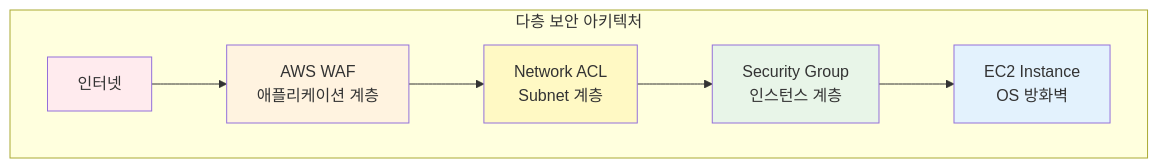
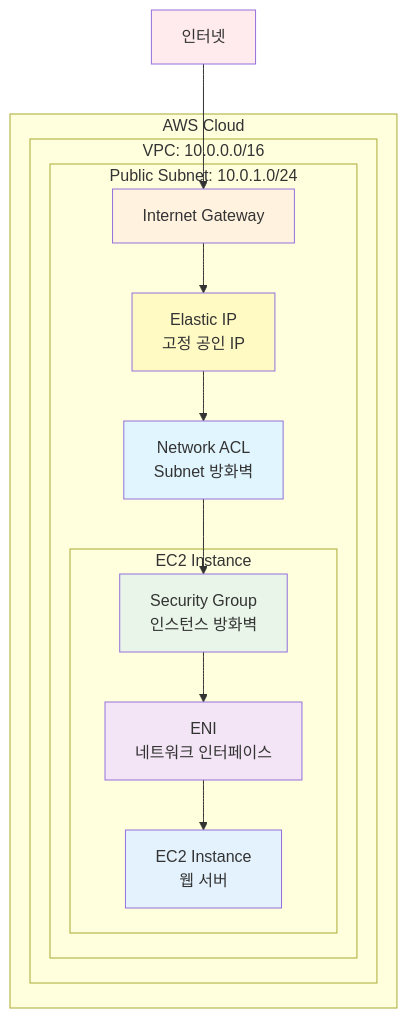
The second of 9 diagrams in theory/week_05/day1/session_3.md (niceguy61/kdt_devops_lecture_2025), drawn with Mermaid before and after one commit. The commit also changed other lines of this file, not shown here.

````diff
--- a/theory/week_05/day1/session_3.md
+++ b/theory/week_05/day1/session_3.md
@@ -86,15 +86,33 @@
 ```mermaid
 graph TB
-    subgraph "다층 보안 아키텍처"
-        A[인터넷] --> B[AWS WAF<br/>애플리케이션 계층]
-        B --> C[Network ACL<br/>Subnet 계층]
-        C --> D[Security Group<br/>인스턴스 계층]
-        D --> E[EC2 Instance<br/>OS 방화벽]
+    subgraph "AWS Cloud"
+        subgraph "VPC: 10.0.0.0/16"
+            subgraph "Public Subnet: 10.0.1.0/24"
+                IGW[Internet Gateway]
+                EIP[Elastic IP<br/>고정 공인 IP]
+                NACL[Network ACL<br/>Subnet 방화벽]
+                
+                subgraph "EC2 Instance"
+                    SG[Security Group<br/>인스턴스 방화벽]
+                    EC2[EC2 Instance<br/>웹 서버]
+                    ENI[ENI<br/>네트워크 인터페이스]
+                end
+            end
+        end
     end
     
-    style A fill:#ffebee
-    style B fill:#fff3e0
-    style C fill:#fff9c4
-    style D fill:#e8f5e8
-    style E fill:#e3f2fd
+    Internet[인터넷] --> IGW
+    IGW --> EIP
+    EIP --> NACL
+    NACL --> SG
+    SG --> ENI
+    ENI --> EC2
+    
+    style Internet fill:#ffebee
+    style IGW fill:#fff3e0
+    style EIP fill:#fff9c4
+    style NACL fill:#e1f5fe
+    style SG fill:#e8f5e8
+    style ENI fill:#f3e5f5
+    style EC2 fill:#e3f2fd
 ```
````
